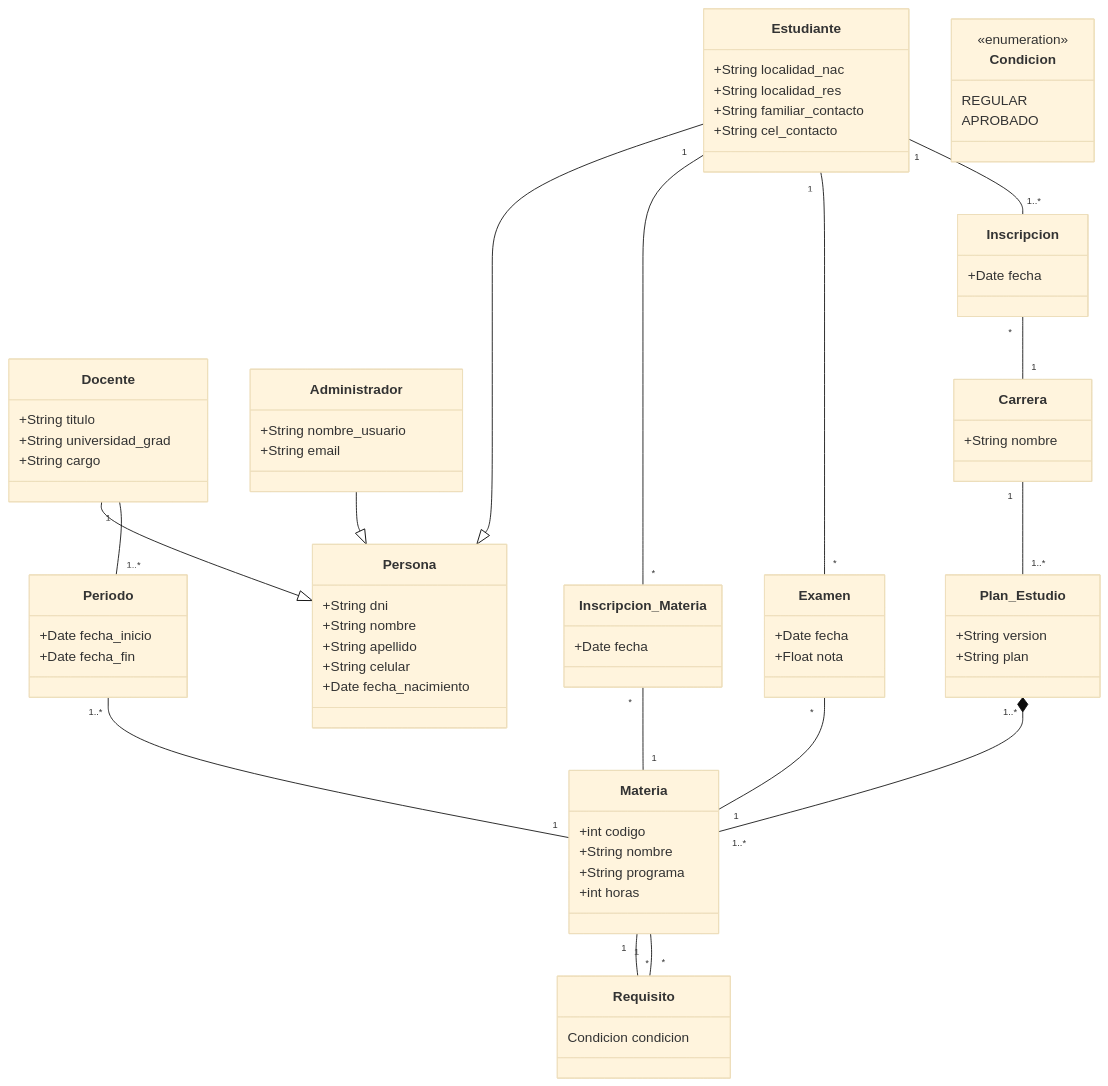
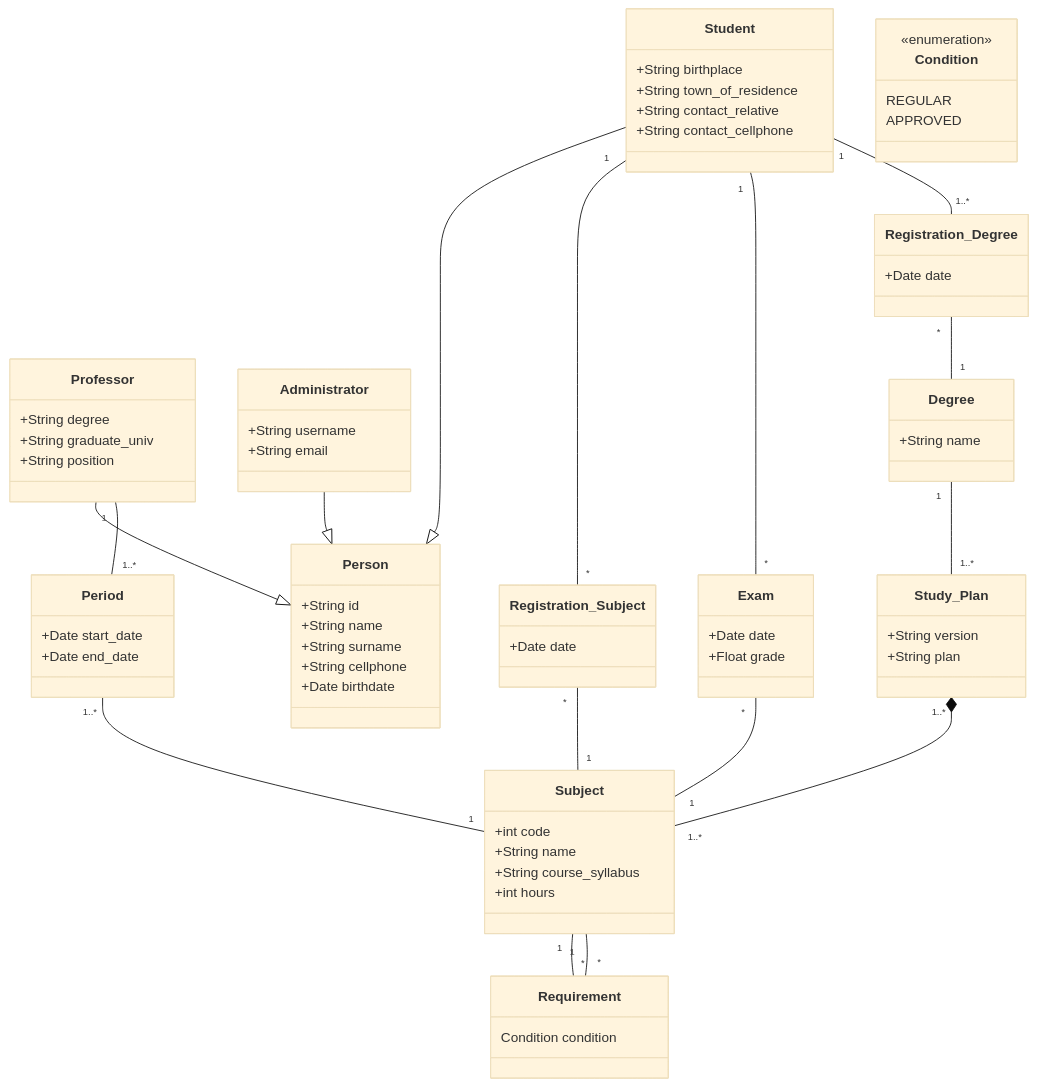
One commit to Ingenieria-Software-2/is2_2026_trabajo_integrador changed the diagram in Class_diagram.md. Above: the diagram before and after it, drawn with Mermaid (base theme).

Commit message:
Refactor class diagram with English naming conventions

````diff
--- a/Class_diagram.md
+++ b/Class_diagram.md
@@ -1,87 +1,87 @@
 ``` mermaid
 classDiagram
-    class Persona {
-        +String dni
-        +String nombre
-        +String apellido
-        +String celular
-        +Date fecha_nacimiento
+    class Person {
+        +String id
+        +String name
+        +String surname
+        +String cellphone
+        +Date birthdate
     }
-    class Docente {
-        +String titulo
-        +String universidad_grad
-        +String cargo
+    class Professor {
+        +String degree
+        +String graduate_univ
+        +String position
     }
-    class Estudiante {
-        +String localidad_nac
-        +String localidad_res
-        +String familiar_contacto
-        +String cel_contacto
+    class Student {
+        +String birthplace
+        +String town_of_residence
+        +String contact_relative
+        +String contact_cellphone
     }
-    class Administrador {
-        +String nombre_usuario
+    class Administrator {
+        +String username
         +String email
     }
-    class Periodo {
-        +Date fecha_inicio
-        +Date fecha_fin
+    class Period {
+        +Date start_date
+        +Date end_date
     }
-    class Inscripcion_Materia {
-        +Date fecha
+    class Registration_Subject {
+        +Date date
     }
-    class Examen {
-        +Date fecha
-        +Float nota
+    class Exam {
+        +Date date
+        +Float grade
     }
-    class Carrera {
-        +String nombre
+    class Degree {
+        +String name
     }
-    class Inscripcion {
-        +Date fecha
+    class Registration_Degree {
+        +Date date
     }
-    class Materia {
-        +int codigo
-        +String nombre
-        +String programa
-        +int horas
+    class Subject {
+        +int code
+        +String name
+        +String course_syllabus
+        +int hours
     }
-    class Plan_Estudio {
+    class Study_Plan {
         +String version
         +String plan
     }
-    class Requisito {
-        Condicion condicion
+    class Requirement {
+        Condition condition
     }
-    class Condicion {
+    class Condition {
         <<enumeration>>
         REGULAR
-        APROBADO
+        APPROVED
     }
 
-    %% Herencia
-    Administrador --|> Persona
-    Docente --|> Persona
-    Estudiante --|> Persona
+    %% Inheritance
+    Administrator --|> Person
+    Professor --|> Person
+    Student --|> Person
 
-    %% Relaciones
-    Estudiante "1" -- "*" Inscripcion_Materia
-    Inscripcion_Materia "*" -- "1" Materia
-    Plan_Estudio "1..*" *-- "1..*" Materia
-    Carrera "1" -- "1..*" Plan_Estudio
+    %% Degree Relationships
+    Study_Plan "1..*" *-- "1..*" Subject
+    Degree "1" -- "1..*" Study_Plan
 
-    %% Relación de Docentes/Materias
-    Docente "1" -- "1..*" Periodo
-    Periodo "1..*" -- "1" Materia
+    %% Professor-Subject Relationships
+    Professor "1" -- "1..*" Period
+    Period "1..*" -- "1" Subject
 
-    %% Relación Materias rendidas
-    Estudiante "1" -- "*" Examen
-    Examen "*" -- "1" Materia
+    %% Student-Subject Relationships
+    Student "1" -- "*" Registration_Subject
+    Registration_Subject "*" -- "1" Subject
+    Student "1" -- "*" Exam
+    Exam "*" -- "1" Subject
     
-    %% Relación de Correlatividades
-    Materia "1" -- "*" Requisito
-    Requisito "*" -- "1" Materia
+    %% Correlation Relationship
+    Subject "1" -- "*" Requirement
+    Requirement "*" -- "1" Subject
 
-    %% Relación de Inscripción en Carreras
-    Estudiante "1" -- "1..*" Inscripcion
-    Inscripcion "*" -- "1" Carrera
+    %% Student-Degree Relationship
+    Student "1" -- "1..*" Registration_Degree
+    Registration_Degree "*" -- "1" Degree
 ```
````
